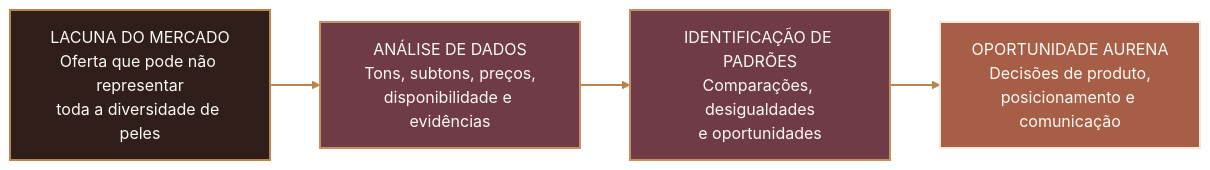
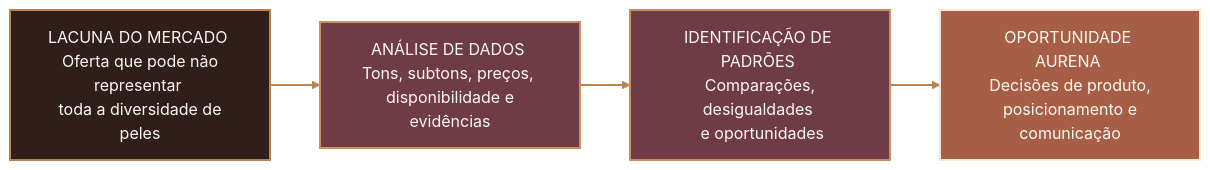
One commit to Projeto-L-Oreal-Paris/Avanco-da-industria-da-maquiagem changed the first of 17 diagrams in README.md. Above: the diagram before and after it, drawn with Mermaid. The commit also changed other lines of this file, not shown here.

````diff
--- a/README.md
+++ b/README.md
@@ -117,21 +107,21 @@
 ```mermaid
 flowchart LR
-    A["LACUNA DO MERCADO<br/>Oferta que pode não representar<br/>toda a diversidade de peles"]
-    B["ANÁLISE DE DADOS<br/>Tons, subtons, preços,<br/>disponibilidade e evidências"]
-    C["IDENTIFICAÇÃO DE PADRÕES<br/>Comparações, desigualdades<br/>e oportunidades"]
-    D["OPORTUNIDADE AURENA<br/>Decisões de produto,<br/>posicionamento e comunicação"]
+    A["LACUNA DO MERCADO <br/> Oferta que pode não representar <br/> toda a diversidade de peles"]
+    B["ANÁLISE DE DADOS <br/>Tons, subtons, preços, <br/> disponibilidade e evidências"]
+    C["IDENTIFICAÇÃO DE PADRÕES <br/> Comparações, desigualdades <br/> e oportunidades"]
+    D["OPORTUNIDADE AURENA <br/> Decisões de produto, <br/> posicionamento e comunicação"]
 
     A --> B
     B --> C
     C --> D
 
     classDef problema fill:#2F1E1A,stroke:#B8844F,color:#FCF8F3,stroke-width:2px;
     classDef analise fill:#6F3B46,stroke:#C78F62,color:#FCF8F3,stroke-width:2px;
     classDef oportunidade fill:#A65F46,stroke:#F3E7D8,color:#FCF8F3,stroke-width:2px;
 
     class A problema;
     class B,C analise;
     class D oportunidade;
 
     linkStyle default stroke:#B8844F,stroke-width:2px;
 ```
````
